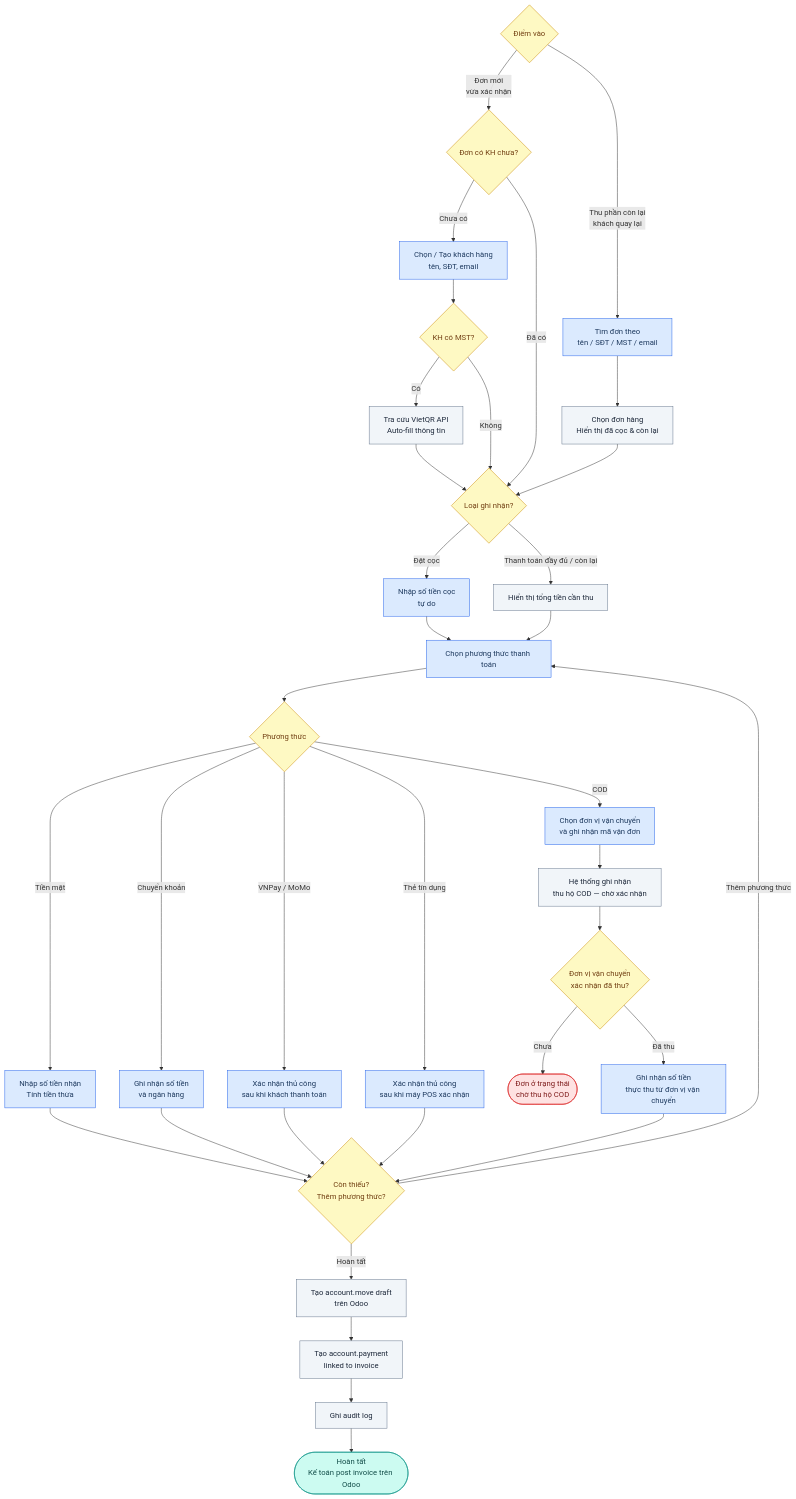
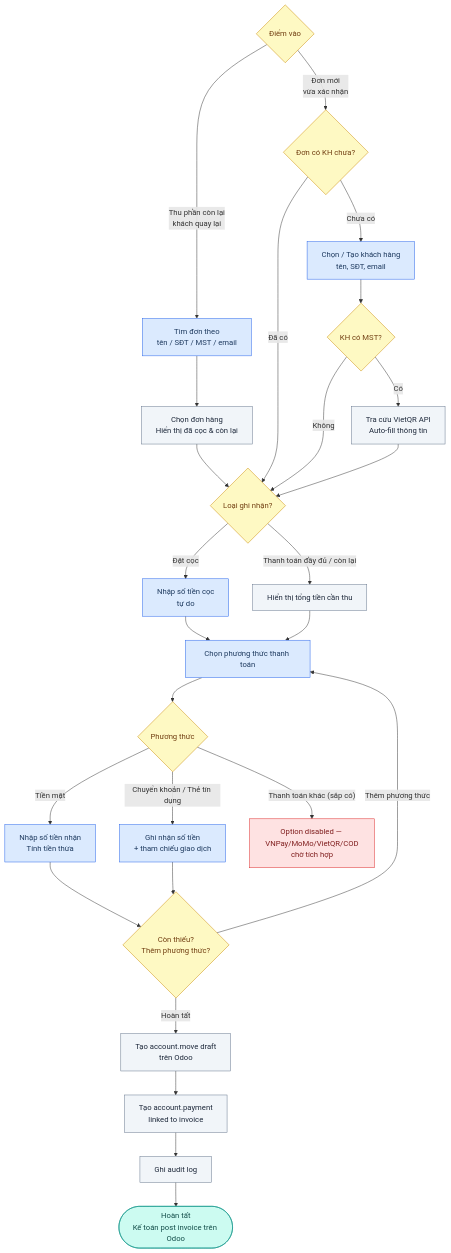
Before and after one commit to ngohuuduc/VJ_mobile_POS: the second of 18 diagrams in process_flow.md, drawn with Mermaid. The commit also changed other lines of this file and 1 other file, not shown here.

Commit message:
cập nhật nội dung triển khai

````diff
--- a/process_flow.md
+++ b/process_flow.md
@@ -99,47 +99,38 @@
 ```mermaid
 flowchart TD
     classDef user fill:#DBEAFE,stroke:#2563EB,color:#1e3a5f
     classDef system fill:#F1F5F9,stroke:#64748B,color:#1e293b
     classDef accountant fill:#CCFBF1,stroke:#0D9488,color:#134E4A
     classDef decision fill:#FEF9C3,stroke:#CA8A04,color:#713f12
     classDef terminal fill:#F8FAFC,stroke:#334155,color:#0f172a
     classDef warning fill:#FEE2E2,stroke:#DC2626,color:#7f1d1d
 
     START{Điểm vào}:::decision -- Đơn mới\nvừa xác nhận --> CK
     START -- Thu phần còn lại\nkhách quay lại --> SEARCH[Tìm đơn theo\ntên / SĐT / MST / email]:::user
     SEARCH --> FOUND[Chọn đơn hàng\nHiển thị đã cọc & còn lại]:::system
     FOUND --> B
 
     CK{Đơn có KH chưa?}:::decision
     CK -- Chưa có --> SELKH[Chọn / Tạo khách hàng\ntên, SĐT, email]:::user
     CK -- Đã có --> B
     SELKH --> MST{KH có MST?}:::decision
     MST -- Có --> LOOKUP[Tra cứu VietQR API\nAuto-fill thông tin]:::system
     MST -- Không --> B
     LOOKUP --> B
 
     B{Loại ghi nhận?}:::decision -- Đặt cọc --> C[Nhập số tiền cọc\ntự do]:::user
     B -- Thanh toán đầy đủ / còn lại --> D[Hiển thị tổng tiền cần thu]:::system
     C --> E[Chọn phương thức thanh toán]:::user
     D --> E
     E --> F{Phương thức}:::decision
     F -- Tiền mặt --> G[Nhập số tiền nhận\nTính tiền thừa]:::user
-    F -- Chuyển khoản --> H[Ghi nhận số tiền\nvà ngân hàng]:::user
-    F -- VNPay / MoMo --> I[Xác nhận thủ công\nsau khi khách thanh toán]:::user
-    F -- Thẻ tín dụng --> J[Xác nhận thủ công\nsau khi máy POS xác nhận]:::user
-    F -- COD --> COD1[Chọn đơn vị vận chuyển\nvà ghi nhận mã vận đơn]:::user
-    COD1 --> COD2[Hệ thống ghi nhận\nthu hộ COD — chờ xác nhận]:::system
-    COD2 --> COD3{Đơn vị vận chuyển\nxác nhận đã thu?}:::decision
-    COD3 -- Chưa --> COD4([Đơn ở trạng thái\nchờ thu hộ COD]):::warning
-    COD3 -- Đã thu --> COD5[Ghi nhận số tiền\nthực thu từ đơn vị vận chuyển]:::user
-    COD5 --> K
+    F -- Chuyển khoản / Thẻ tín dụng --> H[Ghi nhận số tiền\n+ tham chiếu giao dịch]:::user
+    F -- Thanh toán khác (sắp có) --> DISABLED[Option disabled — VNPay/MoMo/VietQR/COD\nchờ tích hợp]:::warning
     G --> K{Còn thiếu?\nThêm phương thức?}:::decision
     H --> K
-    I --> K
-    J --> K
     K -- Thêm phương thức --> E
     K -- Hoàn tất --> L[Tạo account.move draft\ntrên Odoo]:::system
     L --> M[Tạo account.payment\nlinked to invoice]:::system
     M --> N[Ghi audit log]:::system
     N --> O([Hoàn tất\nKế toán post invoice trên Odoo]):::accountant
 ```
````
